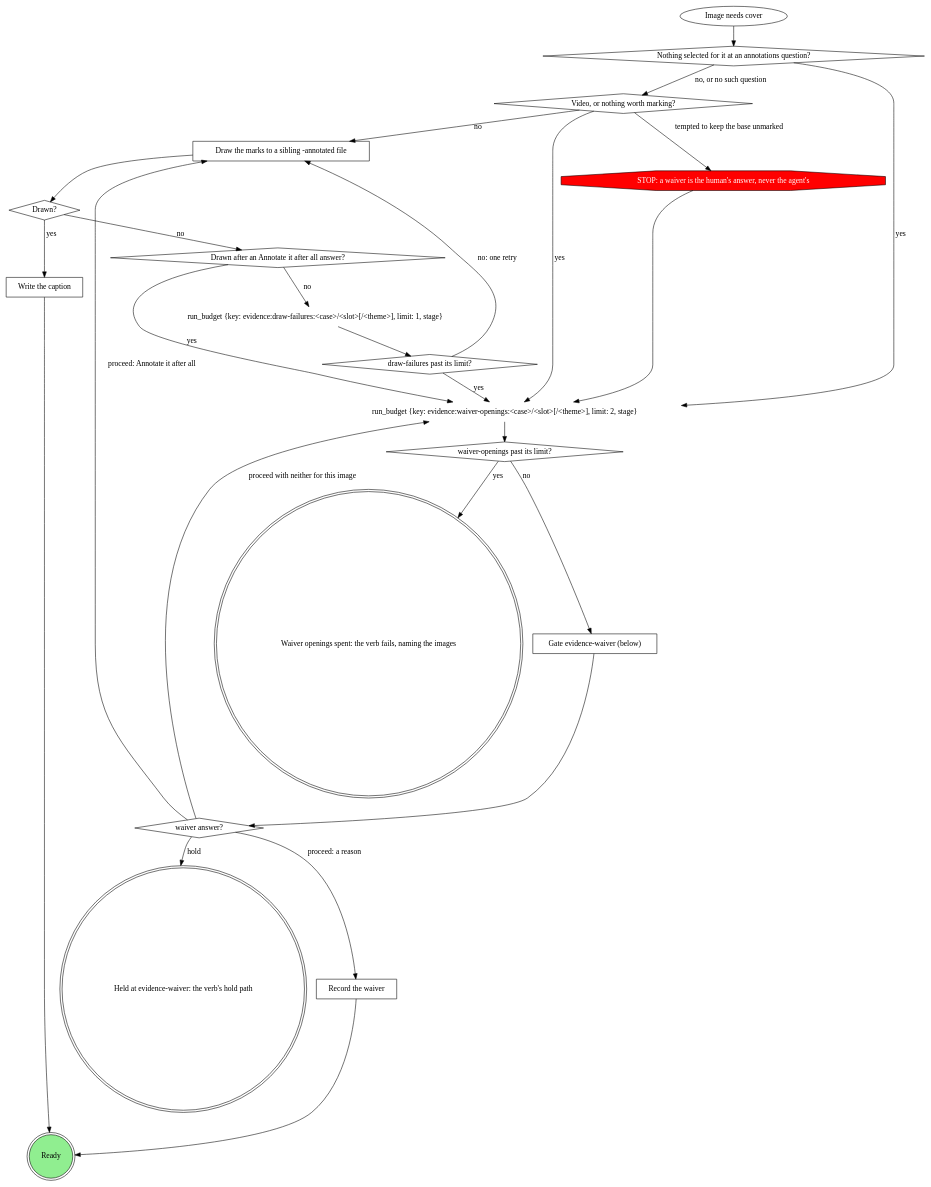
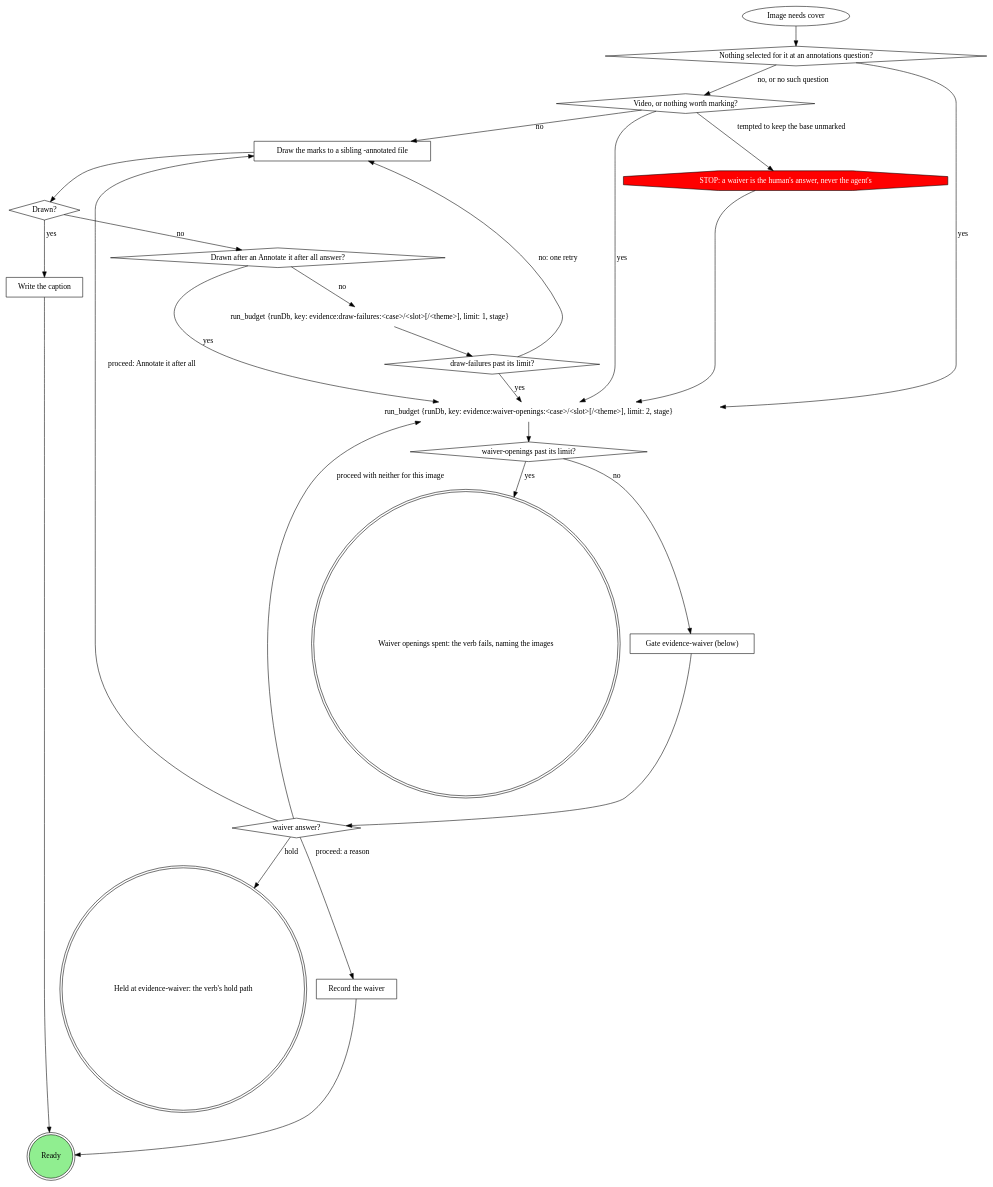
The second of 3 diagrams in plugins/mattstack/attachments/evidence-record/SKILL.md (m4ttstack/mattstack), drawn with Graphviz before and after one commit. The commit also changed other lines of this file, not shown here.

Commit message:
evidence-record: close task review findings

````diff
--- a/plugins/mattstack/attachments/evidence-record/SKILL.md
+++ b/plugins/mattstack/attachments/evidence-record/SKILL.md
@@ -87,50 +85,50 @@
 ```dot
 digraph annotate_or_waive {
     rankdir=TB;
 
     "Image needs cover" [shape=ellipse];
     "Nothing selected for it at an annotations question?" [shape=diamond];
     "Video, or nothing worth marking?" [shape=diamond];
     "Draw the marks to a sibling -annotated file" [shape=box];
     "Drawn?" [shape=diamond];
     "Drawn after an Annotate it after all answer?" [shape=diamond];
-    "run_budget {key: evidence:draw-failures:<case>/<slot>[/<theme>], limit: 1, stage}" [shape=plaintext];
+    "run_budget {runDb, key: evidence:draw-failures:<case>/<slot>[/<theme>], limit: 1, stage}" [shape=plaintext];
     "draw-failures past its limit?" [shape=diamond];
     "Write the caption" [shape=box];
-    "run_budget {key: evidence:waiver-openings:<case>/<slot>[/<theme>], limit: 2, stage}" [shape=plaintext];
+    "run_budget {runDb, key: evidence:waiver-openings:<case>/<slot>[/<theme>], limit: 2, stage}" [shape=plaintext];
     "waiver-openings past its limit?" [shape=diamond];
     "Gate evidence-waiver (below)" [shape=box];
     "waiver answer?" [shape=diamond];
     "Record the waiver" [shape=box];
     "STOP: a waiver is the human's answer, never the agent's" [shape=octagon style=filled fillcolor=red fontcolor=white];
     "Held at evidence-waiver: the verb's hold path" [shape=doublecircle];
     "Waiver openings spent: the verb fails, naming the images" [shape=doublecircle];
     "Ready" [shape=doublecircle style=filled fillcolor=lightgreen];
 
     "Image needs cover" -> "Nothing selected for it at an annotations question?";
-    "Nothing selected for it at an annotations question?" -> "run_budget {key: evidence:waiver-openings:<case>/<slot>[/<theme>], limit: 2, stage}" [label="yes"];
+    "Nothing selected for it at an annotations question?" -> "run_budget {runDb, key: evidence:waiver-openings:<case>/<slot>[/<theme>], limit: 2, stage}" [label="yes"];
     "Nothing selected for it at an annotations question?" -> "Video, or nothing worth marking?" [label="no, or no such question"];
-    "Video, or nothing worth marking?" -> "run_budget {key: evidence:waiver-openings:<case>/<slot>[/<theme>], limit: 2, stage}" [label="yes"];
+    "Video, or nothing worth marking?" -> "run_budget {runDb, key: evidence:waiver-openings:<case>/<slot>[/<theme>], limit: 2, stage}" [label="yes"];
     "Video, or nothing worth marking?" -> "Draw the marks to a sibling -annotated file" [label="no"];
     "Video, or nothing worth marking?" -> "STOP: a waiver is the human's answer, never the agent's" [label="tempted to keep the base unmarked"];
-    "STOP: a waiver is the human's answer, never the agent's" -> "run_budget {key: evidence:waiver-openings:<case>/<slot>[/<theme>], limit: 2, stage}";
+    "STOP: a waiver is the human's answer, never the agent's" -> "run_budget {runDb, key: evidence:waiver-openings:<case>/<slot>[/<theme>], limit: 2, stage}";
     "Draw the marks to a sibling -annotated file" -> "Drawn?";
     "Drawn?" -> "Write the caption" [label="yes"];
     "Drawn?" -> "Drawn after an Annotate it after all answer?" [label="no"];
-    "Drawn after an Annotate it after all answer?" -> "run_budget {key: evidence:waiver-openings:<case>/<slot>[/<theme>], limit: 2, stage}" [label="yes"];
-    "Drawn after an Annotate it after all answer?" -> "run_budget {key: evidence:draw-failures:<case>/<slot>[/<theme>], limit: 1, stage}" [label="no"];
-    "run_budget {key: evidence:draw-failures:<case>/<slot>[/<theme>], limit: 1, stage}" -> "draw-failures past its limit?";
+    "Drawn after an Annotate it after all answer?" -> "run_budget {runDb, key: evidence:waiver-openings:<case>/<slot>[/<theme>], limit: 2, stage}" [label="yes"];
+    "Drawn after an Annotate it after all answer?" -> "run_budget {runDb, key: evidence:draw-failures:<case>/<slot>[/<theme>], limit: 1, stage}" [label="no"];
+    "run_budget {runDb, key: evidence:draw-failures:<case>/<slot>[/<theme>], limit: 1, stage}" -> "draw-failures past its limit?";
     "draw-failures past its limit?" -> "Draw the marks to a sibling -annotated file" [label="no: one retry"];
-    "draw-failures past its limit?" -> "run_budget {key: evidence:waiver-openings:<case>/<slot>[/<theme>], limit: 2, stage}" [label="yes"];
+    "draw-failures past its limit?" -> "run_budget {runDb, key: evidence:waiver-openings:<case>/<slot>[/<theme>], limit: 2, stage}" [label="yes"];
     "Write the caption" -> "Ready";
-    "run_budget {key: evidence:waiver-openings:<case>/<slot>[/<theme>], limit: 2, stage}" -> "waiver-openings past its limit?";
+    "run_budget {runDb, key: evidence:waiver-openings:<case>/<slot>[/<theme>], limit: 2, stage}" -> "waiver-openings past its limit?";
     "waiver-openings past its limit?" -> "Gate evidence-waiver (below)" [label="no"];
     "waiver-openings past its limit?" -> "Waiver openings spent: the verb fails, naming the images" [label="yes"];
     "Gate evidence-waiver (below)" -> "waiver answer?";
     "waiver answer?" -> "Record the waiver" [label="proceed: a reason"];
     "waiver answer?" -> "Draw the marks to a sibling -annotated file" [label="proceed: Annotate it after all"];
-    "waiver answer?" -> "run_budget {key: evidence:waiver-openings:<case>/<slot>[/<theme>], limit: 2, stage}" [label="proceed with neither for this image"];
+    "waiver answer?" -> "run_budget {runDb, key: evidence:waiver-openings:<case>/<slot>[/<theme>], limit: 2, stage}" [label="proceed with neither for this image"];
     "waiver answer?" -> "Held at evidence-waiver: the verb's hold path" [label="hold"];
     "Record the waiver" -> "Ready";
 }
 ```
````
